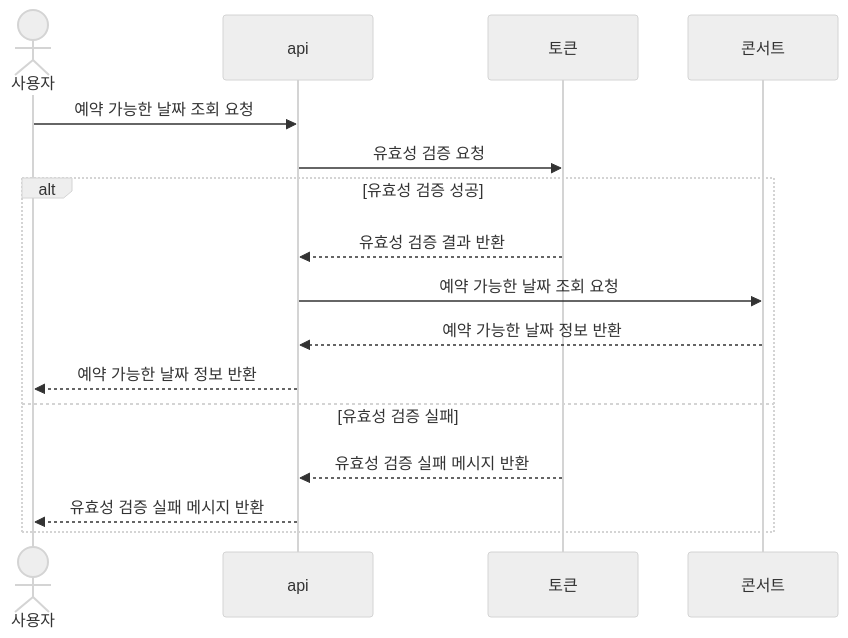
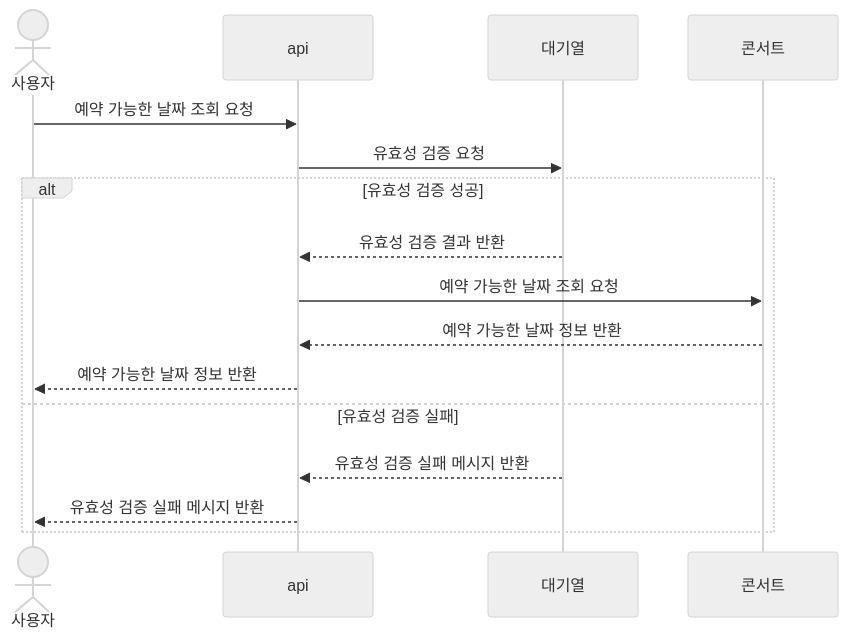
Before and after one commit to seungwontech/hhplus-concert-week3-5: the third of 8 diagrams in docs/시퀀스다이어그램.md, drawn with Mermaid (neutral theme). The commit also changed other lines of this file, not shown here.

Commit message:
refactor: 시퀀스 다이어그램 수정 - 토큰 노드를 대기열 노드로 통일 - 대기열번호 조회(Polling) 분리

````diff
--- a/docs/시퀀스다이어그램.md
+++ b/docs/시퀀스다이어그램.md
@@ -55,20 +60,20 @@
 ```mermaid
 sequenceDiagram
     actor 사용자
     participant api
-    participant 토큰
+    participant 대기열
     participant 콘서트
 
     사용자 ->> api: 예약 가능한 날짜 조회 요청
-    api ->> 토큰: 유효성 검증 요청
+    api ->> 대기열: 유효성 검증 요청
     alt 유효성 검증 성공
-        토큰 -->> api: 유효성 검증 결과 반환
+        대기열 -->> api: 유효성 검증 결과 반환
         api ->> 콘서트: 예약 가능한 날짜 조회 요청
         콘서트 -->> api: 예약 가능한 날짜 정보 반환
         api -->> 사용자: 예약 가능한 날짜 정보 반환
     else 유효성 검증 실패
-        토큰 -->> api: 유효성 검증 실패 메시지 반환
+        대기열 -->> api: 유효성 검증 실패 메시지 반환
         api -->> 사용자: 유효성 검증 실패 메시지 반환
     end
 
 ```
````
